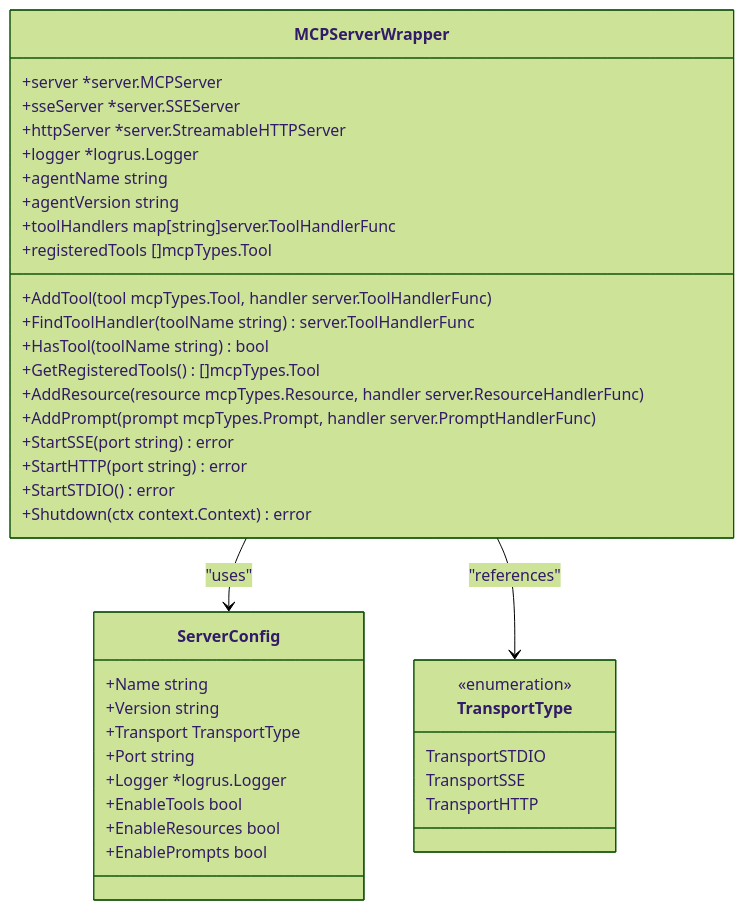
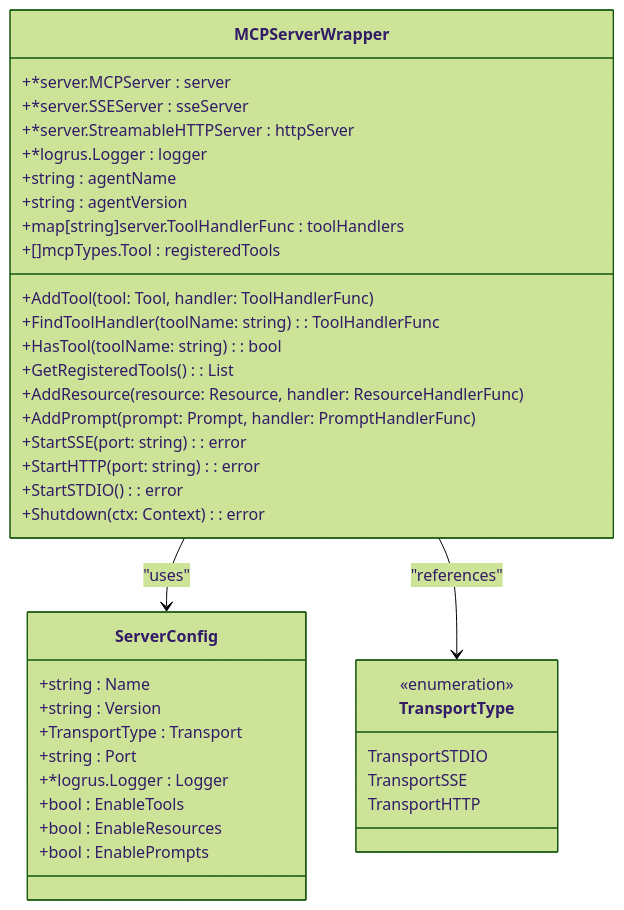
Before and after one commit to prxs-ai/praxis-go-sdk: the third of 9 diagrams in docs/Core Services/MCP Protocol.md, drawn with Mermaid (forest theme). The commit also changed other lines of this file and 141 other files, not shown here.

````diff
--- a/docs/Core Services/MCP Protocol.md
+++ b/docs/Core Services/MCP Protocol.md
@@ -130,41 +130,41 @@
 ```mermaid
 classDiagram
 class MCPServerWrapper {
-+server *server.MCPServer
-+sseServer *server.SSEServer
-+httpServer *server.StreamableHTTPServer
-+logger *logrus.Logger
-+agentName string
-+agentVersion string
-+toolHandlers map[string]server.ToolHandlerFunc
-+registeredTools []mcpTypes.Tool
-+AddTool(tool mcpTypes.Tool, handler server.ToolHandlerFunc)
-+FindToolHandler(toolName string) server.ToolHandlerFunc
-+HasTool(toolName string) bool
-+GetRegisteredTools() []mcpTypes.Tool
-+AddResource(resource mcpTypes.Resource, handler server.ResourceHandlerFunc)
-+AddPrompt(prompt mcpTypes.Prompt, handler server.PromptHandlerFunc)
-+StartSSE(port string) error
-+StartHTTP(port string) error
-+StartSTDIO() error
-+Shutdown(ctx context.Context) error
++*server.MCPServer : server
++*server.SSEServer : sseServer
++*server.StreamableHTTPServer : httpServer
++*logrus.Logger : logger
++string : agentName
++string : agentVersion
++map[string]server.ToolHandlerFunc : toolHandlers
++[]mcpTypes.Tool : registeredTools
++AddTool(tool: Tool, handler: ToolHandlerFunc)
++FindToolHandler(toolName: string) : ToolHandlerFunc
++HasTool(toolName: string) : bool
++GetRegisteredTools() : List<Tool>
++AddResource(resource: Resource, handler: ResourceHandlerFunc)
++AddPrompt(prompt: Prompt, handler: PromptHandlerFunc)
++StartSSE(port: string) : error
++StartHTTP(port: string) : error
++StartSTDIO() : error
++Shutdown(ctx: Context) : error
 }
 class ServerConfig {
-+Name string
-+Version string
-+Transport TransportType
-+Port string
-+Logger *logrus.Logger
-+EnableTools bool
-+EnableResources bool
-+EnablePrompts bool
++string : Name
++string : Version
++TransportType : Transport
++string : Port
++*logrus.Logger : Logger
++bool : EnableTools
++bool : EnableResources
++bool : EnablePrompts
 }
 class TransportType {
 <<enumeration>>
 TransportSTDIO
 TransportSSE
 TransportHTTP
 }
 MCPServerWrapper --> ServerConfig : "uses"
 MCPServerWrapper --> TransportType : "references"
 ```
````
